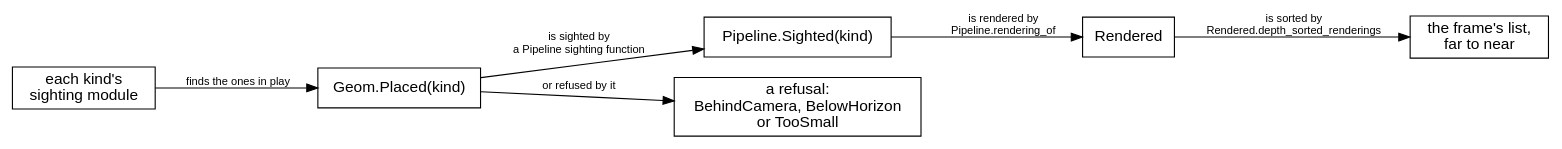
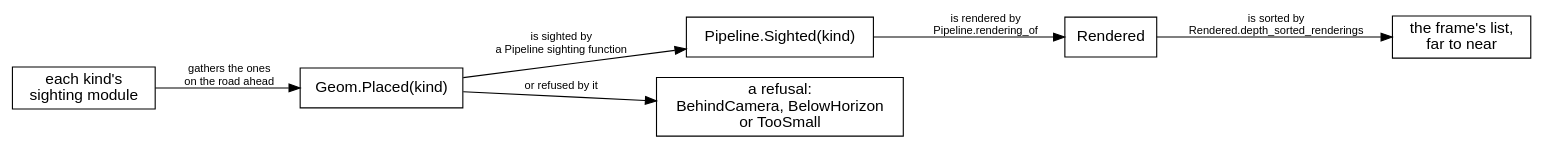
The third of 30 diagrams in canvas_apps/safari/tutorial/tutorial.md (showell/roc-apps), drawn with Graphviz before and after one commit. The commit also changed other lines of this file, not shown here.

````diff
--- a/canvas_apps/safari/tutorial/tutorial.md
+++ b/canvas_apps/safari/tutorial/tutorial.md
@@ -535,18 +535,18 @@
 ```dot
 digraph pipeline {
   rankdir=LR;
   node [shape=box, fontname="Helvetica"];
   edge [fontname="Helvetica", fontsize=10];
   finder [label="each kind's\nsighting module"];
   placed [label="Geom.Placed(kind)"];
   sighted [label="Pipeline.Sighted(kind)"];
   refused [label="a refusal:\nBehindCamera, BelowHorizon\nor TooSmall"];
   rendered [label="Rendered"];
   list [label="the frame's list,\nfar to near"];
-  finder -> placed [label="  finds the ones in play"];
+  finder -> placed [label="  gathers the ones\n  on the road ahead"];
   placed -> sighted [label="  is sighted by\n  a Pipeline sighting function"];
   placed -> refused [label="  or refused by it"];
   sighted -> rendered [label="  is rendered by\n  Pipeline.rendering_of"];
   rendered -> list [label="  is sorted by\n  Rendered.depth_sorted_renderings"];
 }
 ```
````
